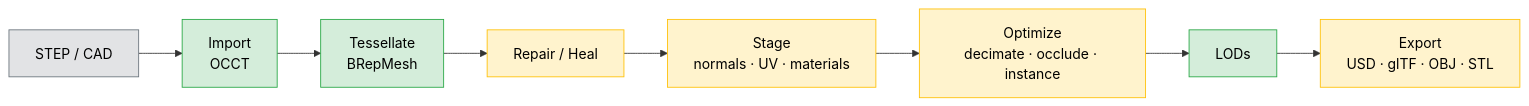
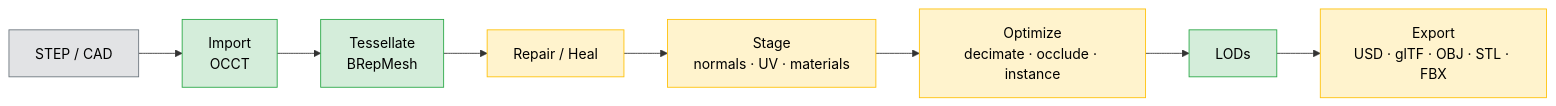
Before and after one commit to pavelsimo/fascat: the diagram in specs/PLAN.md, drawn with Mermaid. The commit also changed other lines of this file and 16 other files, not shown here.

Commit message:
✨ add fbx export support

````diff
--- a/specs/PLAN.md
+++ b/specs/PLAN.md
@@ -17,13 +17,13 @@
 ```mermaid
 flowchart LR
     CAD[STEP / CAD]:::ext --> IMP[Import<br/>OCCT]:::ok
     IMP --> TES[Tessellate<br/>BRepMesh]:::ok
     TES --> REP[Repair / Heal]:::mix
     REP --> STG[Stage<br/>normals · UV · materials]:::mix
     STG --> OPT[Optimize<br/>decimate · occlude · instance]:::mix
     OPT --> LOD[LODs]:::ok
-    LOD --> EXP[Export<br/>USD · glTF · OBJ · STL]:::mix
+    LOD --> EXP[Export<br/>USD · glTF · OBJ · STL · FBX]:::mix
     classDef ok  fill:#d4edda,stroke:#28a745,color:#000;
     classDef mix fill:#fff3cd,stroke:#ffc107,color:#000;
     classDef ext fill:#e2e3e5,stroke:#6c757d,color:#000;
 ```
````
